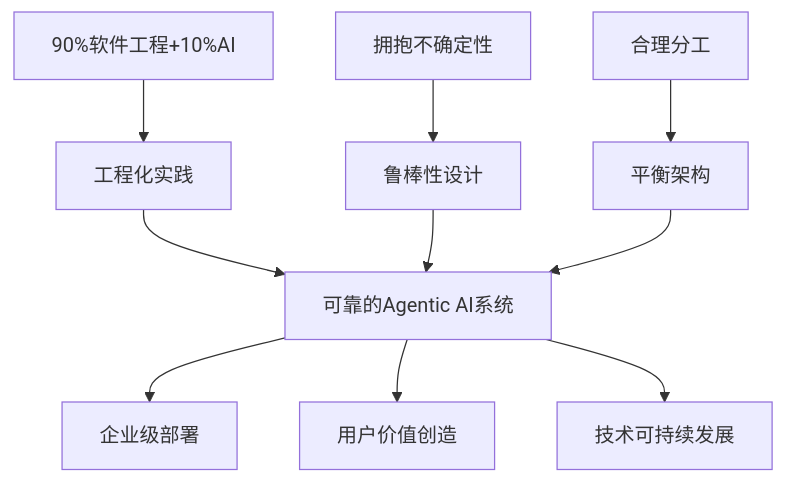
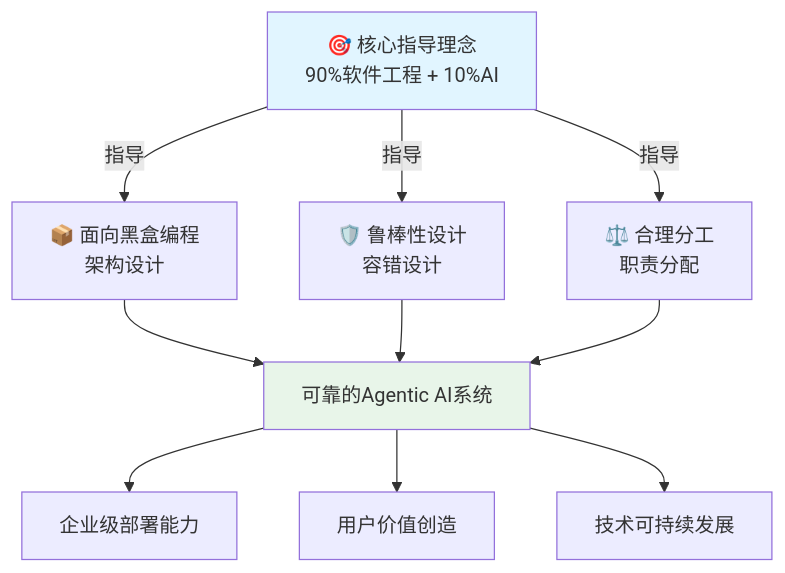
Before and after one commit to youyoude/agi-app-dev-guide-book: the seventh of 7 diagrams in 第零部分_Agentic_AI应用的基础认知/0.2_为什么需要新的开发理念.md, drawn with Mermaid. The commit also changed other lines of this file and 4 other files, not shown here.

````diff
--- a/第零部分_Agentic_AI应用的基础认知/0.2_为什么需要新的开发理念.md
+++ b/第零部分_Agentic_AI应用的基础认知/0.2_为什么需要新的开发理念.md
@@ -311,14 +505,19 @@
 ```mermaid
 graph TB
-    A[90%软件工程+10%AI] --> D[工程化实践]
-    B[拥抱不确定性] --> E[鲁棒性设计]
-    C[合理分工] --> F[平衡架构]
+    A["🎯 核心指导理念<br/>90%软件工程 + 10%AI"]
     
-    D --> G[可靠的Agentic AI系统]
-    E --> G
-    F --> G
+    A -->|指导| B["📦 面向黑盒编程<br/>架构设计"]
+    A -->|指导| C["🛡️ 鲁棒性设计<br/>容错设计"]
+    A -->|指导| D["⚖️ 合理分工<br/>职责分配"]
     
-    G --> H[企业级部署]
-    G --> I[用户价值创造]
-    G --> J[技术可持续发展]
+    B --> E[可靠的Agentic AI系统]
+    C --> E
+    D --> E
+    
+    E --> F[企业级部署能力]
+    E --> G[用户价值创造]
+    E --> H[技术可持续发展]
+    
+    style A fill:#e1f5ff
+    style E fill:#e8f5e9
 ```
````
